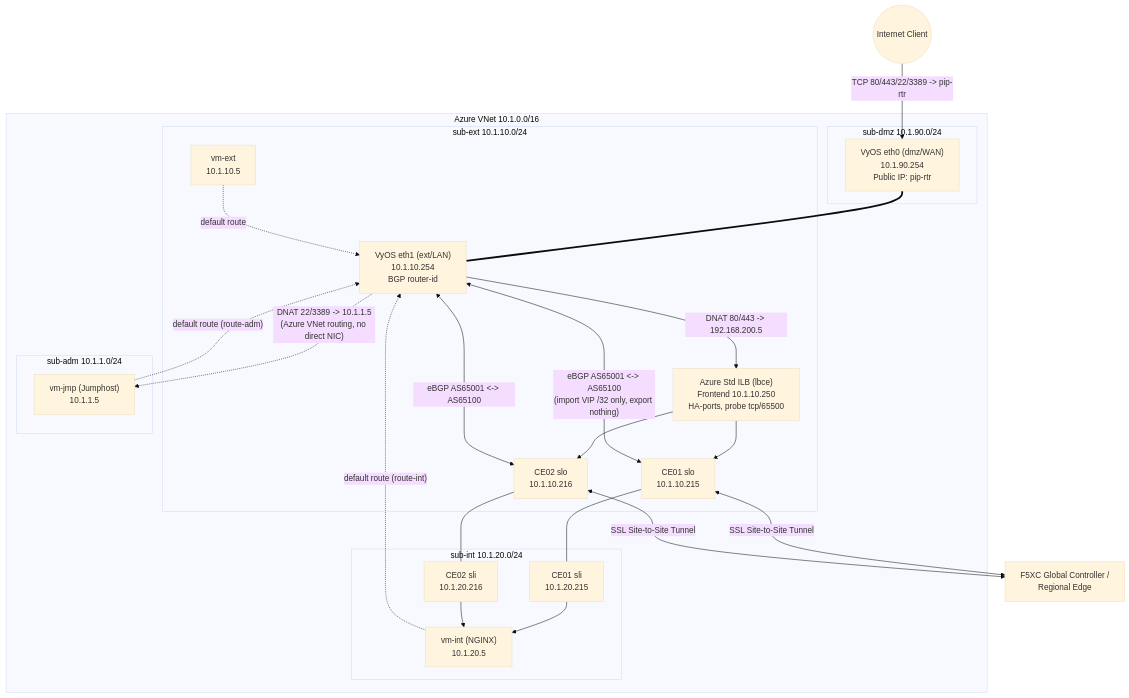
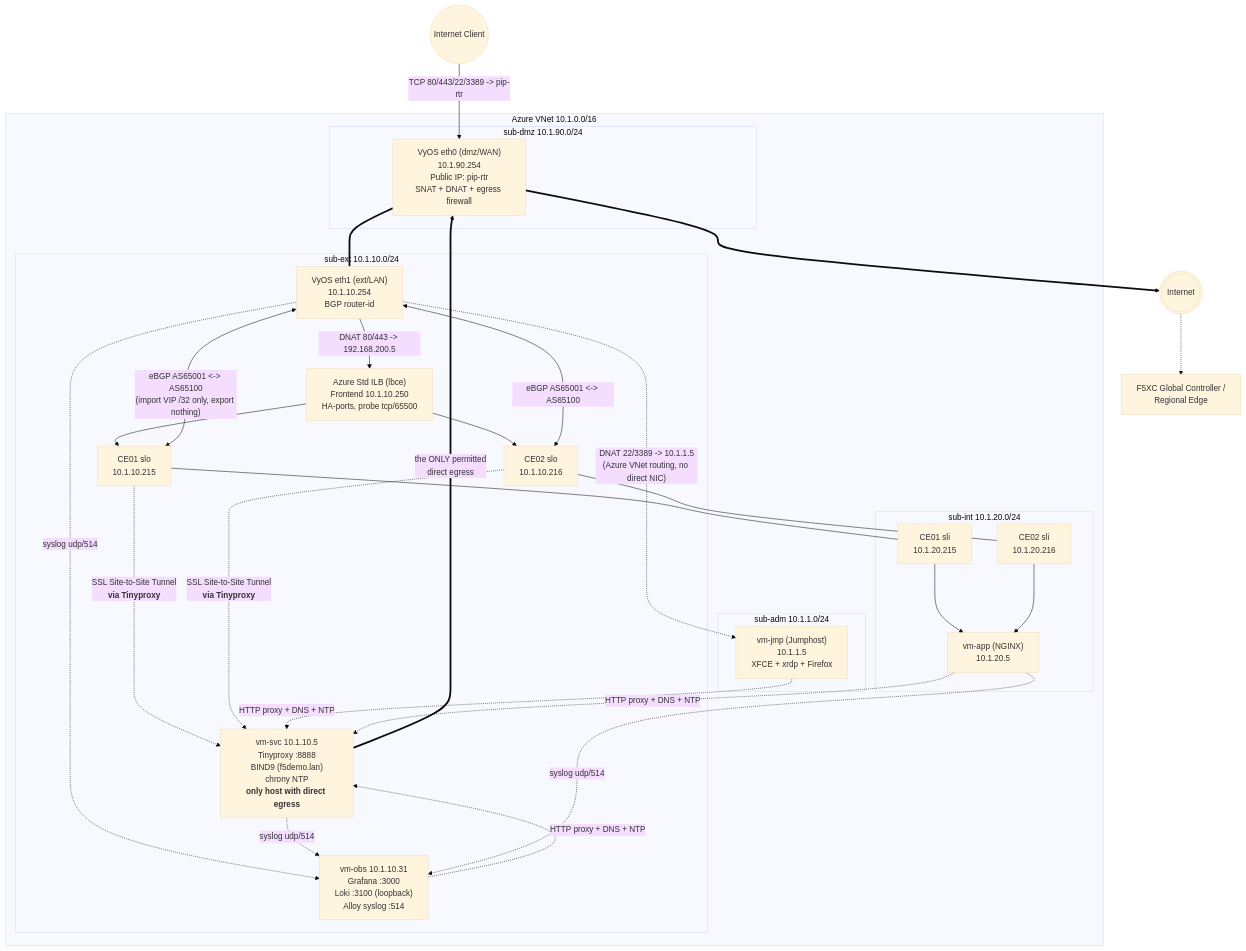
Before and after one commit to appleseed05/azure-lab-all: the diagram in docs/10-architecture.md, drawn with Mermaid (base theme). The commit also changed other lines of this file, not shown here.

````diff
--- a/docs/10-architecture.md
+++ b/docs/10-architecture.md
@@ -12,48 +28,56 @@
 ```mermaid
 flowchart TB
     Client((Internet Client))
+    INET(((Internet)))
     F5XCGC["F5XC Global Controller /<br/>Regional Edge"]
 
     subgraph Azure["Azure VNet 10.1.0.0/16"]
 
         subgraph DMZ["sub-dmz 10.1.90.0/24"]
-            RTR_DMZ["VyOS eth0 (dmz/WAN)\n10.1.90.254\nPublic IP: pip-rtr"]
+            RTR_DMZ["VyOS eth0 (dmz/WAN)<br/>10.1.90.254<br/>Public IP: pip-rtr<br/>SNAT + DNAT + egress firewall"]
         end
 
         subgraph EXT["sub-ext 10.1.10.0/24"]
-            RTR_EXT["VyOS eth1 (ext/LAN)\n10.1.10.254\nBGP router-id"]
-            VMEXT["vm-ext\n10.1.10.5"]
-            CE01_SLO["CE01 slo\n10.1.10.215"]
-            CE02_SLO["CE02 slo\n10.1.10.216"]
-            ILB["Azure Std ILB (lbce)\nFrontend 10.1.10.250\nHA-ports, probe tcp/65500"]
+            RTR_EXT["VyOS eth1 (ext/LAN)<br/>10.1.10.254<br/>BGP router-id"]
+            VMSVC["vm-svc 10.1.10.5<br/>Tinyproxy :8888<br/>BIND9 (f5demo.lan)<br/>chrony NTP<br/><b>only host with direct egress</b>"]
+            VMOBS["vm-obs 10.1.10.31<br/>Grafana :3000<br/>Loki :3100 (loopback)<br/>Alloy syslog :514"]
+            CE01_SLO["CE01 slo<br/>10.1.10.215"]
+            CE02_SLO["CE02 slo<br/>10.1.10.216"]
+            ILB["Azure Std ILB (lbce)<br/>Frontend 10.1.10.250<br/>HA-ports, probe tcp/65500"]
         end
 
         subgraph INT["sub-int 10.1.20.0/24"]
-            VMINT["vm-int (NGINX)\n10.1.20.5"]
-            CE01_SLI["CE01 sli\n10.1.20.215"]
-            CE02_SLI["CE02 sli\n10.1.20.216"]
+            VMAPP["vm-app (NGINX)<br/>10.1.20.5"]
+            CE01_SLI["CE01 sli<br/>10.1.20.215"]
+            CE02_SLI["CE02 sli<br/>10.1.20.216"]
         end
 
         subgraph ADM["sub-adm 10.1.1.0/24"]
-            JMP["vm-jmp (Jumphost)\n10.1.1.5"]
+            JMP["vm-jmp (Jumphost)<br/>10.1.1.5<br/>XFCE + xrdp + Firefox"]
         end
     end
 
     Client -->|"TCP 80/443/22/3389 -> pip-rtr"| RTR_DMZ
     RTR_DMZ === RTR_EXT
     RTR_EXT -->|"DNAT 80/443 -> 192.168.200.5"| ILB
     ILB --> CE01_SLO
     ILB --> CE02_SLO
-    RTR_EXT -.->|"DNAT 22/3389 -> 10.1.1.5\n(Azure VNet routing, no direct NIC)"| JMP
-    RTR_EXT <-->|"eBGP AS65001 <-> AS65100\n(import VIP /32 only, export nothing)"| CE01_SLO
+    RTR_EXT -.->|"DNAT 22/3389 -> 10.1.1.5<br/>(Azure VNet routing, no direct NIC)"| JMP
+    RTR_EXT <-->|"eBGP AS65001 <-> AS65100<br/>(import VIP /32 only, export nothing)"| CE01_SLO
     RTR_EXT <-->|"eBGP AS65001 <-> AS65100"| CE02_SLO
     CE01_SLO --- CE01_SLI
     CE02_SLO --- CE02_SLI
-    CE01_SLI --> VMINT
-    CE02_SLI --> VMINT
-    CE01_SLO <-->|"SSL Site-to-Site Tunnel"| F5XCGC
-    CE02_SLO <-->|"SSL Site-to-Site Tunnel"| F5XCGC
-    VMEXT -.->|"default route"| RTR_EXT
-    JMP -.->|"default route (route-adm)"| RTR_EXT
-    VMINT -.->|"default route (route-int)"| RTR_EXT
+    CE01_SLI --> VMAPP
+    CE02_SLI --> VMAPP
+    CE01_SLO -.->|"SSL Site-to-Site Tunnel<br/><b>via Tinyproxy</b>"| VMSVC
+    CE02_SLO -.->|"SSL Site-to-Site Tunnel<br/><b>via Tinyproxy</b>"| VMSVC
+    VMSVC ==>|"the ONLY permitted<br/>direct egress"| RTR_DMZ
+    RTR_DMZ ==> INET
+    INET -.-> F5XCGC
+    JMP -.->|"HTTP proxy + DNS + NTP"| VMSVC
+    VMAPP -.->|"HTTP proxy + DNS + NTP"| VMSVC
+    VMOBS -.->|"HTTP proxy + DNS + NTP"| VMSVC
+    RTR_EXT -.->|"syslog udp/514"| VMOBS
+    VMSVC -.->|"syslog udp/514"| VMOBS
+    VMAPP -.->|"syslog udp/514"| VMOBS
 ```
````
